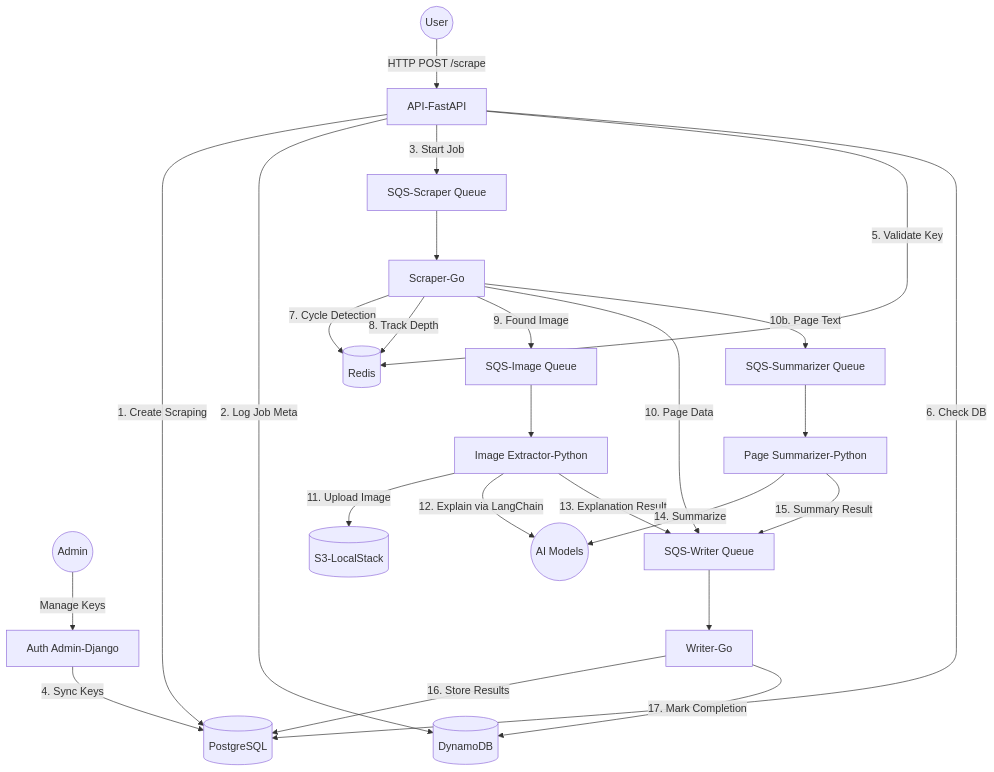
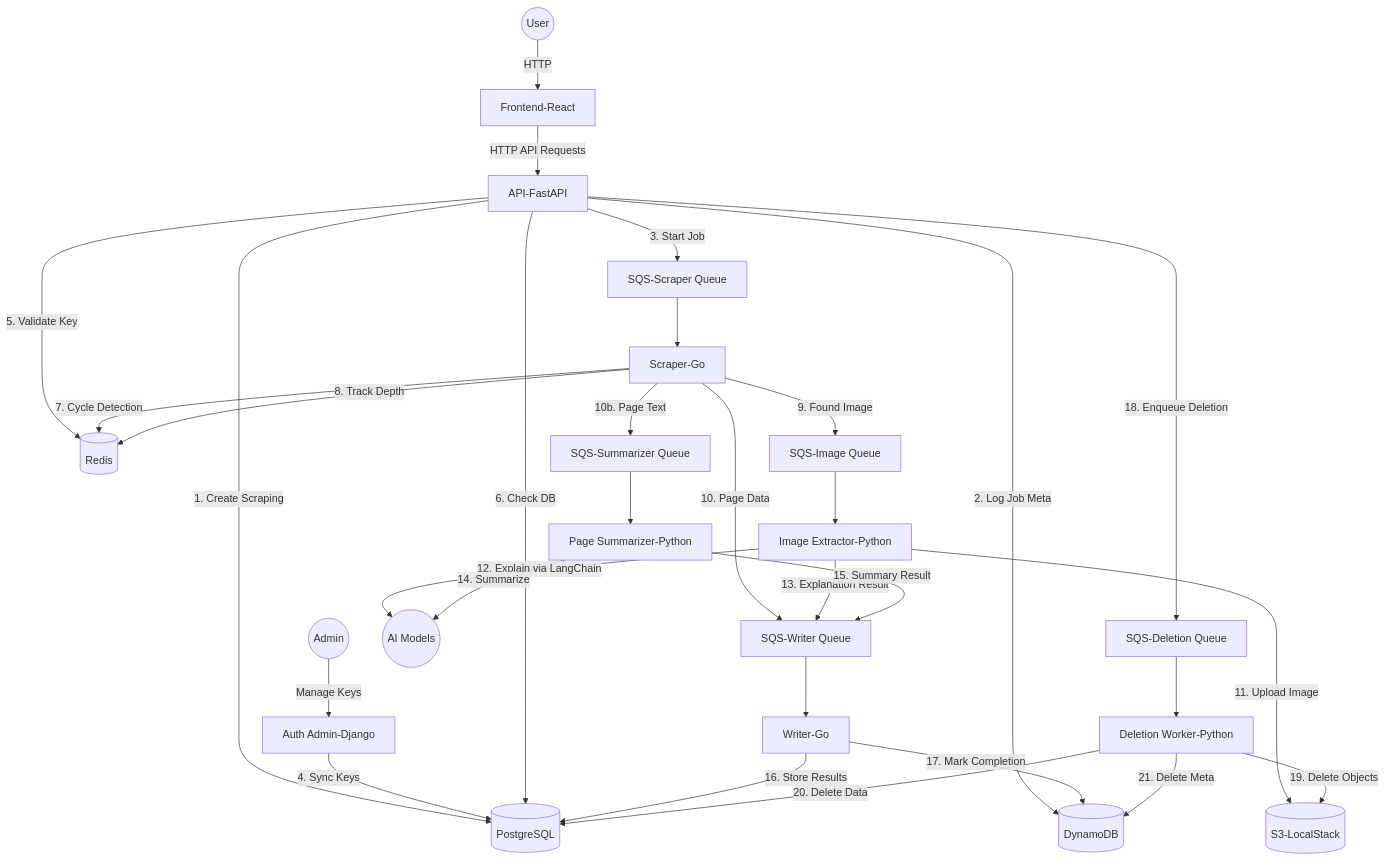
One commit to diegojromerolopez/isidorus-web-scraper changed the diagram in README.md. Above: the diagram before and after it, drawn with Mermaid. The commit also changed other lines of this file and 39 other files, not shown here.

Commit message:
feat: deletion worker and update software versions

````diff
--- a/README.md
+++ b/README.md
@@ -37,32 +37,40 @@
 ```mermaid
 graph TD
-    User((User)) -->|HTTP POST /scrape| API[API-FastAPI]
+    User((User)) -->|HTTP| Frontend[Frontend-React]
+    Frontend -->|HTTP API Requests| API[API-FastAPI]
+    
     API -->|1. Create Scraping| DB[(PostgreSQL)]
     API -->|2. Log Job Meta| Dynamo[(DynamoDB)]
     API -->|3. Start Job| SQS_S[SQS-Scraper Queue]
     
     Admin((Admin)) -->|Manage Keys| AuthAdmin[Auth Admin-Django]
     AuthAdmin -->|4. Sync Keys| DB
     API -->|5. Validate Key| Redis[(Redis)]
     API -->|6. Check DB| DB
     
     SQS_S --> Scraper[Scraper-Go]
     Scraper -->|7. Cycle Detection| Redis
     Scraper -->|8. Track Depth| Redis
     Scraper -->|9. Found Image| SQS_I[SQS-Image Queue]
     Scraper -->|10. Page Data| SQS_W[SQS-Writer Queue]
     
     SQS_I --> Extractor[Image Extractor-Python]
     Extractor -->|11. Upload Image| S3[(S3-LocalStack)]
     Extractor -->|12. Explain via LangChain| LLM((AI Models))
     Extractor -->|13. Explanation Result| SQS_W
 
     Scraper -->|10b. Page Text| SQS_PS[SQS-Summarizer Queue]
     SQS_PS --> Summarizer[Page Summarizer-Python]
     Summarizer -->|14. Summarize| LLM
     Summarizer -->|15. Summary Result| SQS_W
     
     SQS_W --> Writer[Writer-Go]
     Writer -->|16. Store Results| DB
     Writer -->|17. Mark Completion| Dynamo
+
+    API -->|18. Enqueue Deletion| SQS_D[SQS-Deletion Queue]
+    SQS_D --> Deletion[Deletion Worker-Python]
+    Deletion -->|19. Delete Objects| S3
+    Deletion -->|20. Delete Data| DB
+    Deletion -->|21. Delete Meta| Dynamo
 ```
````
